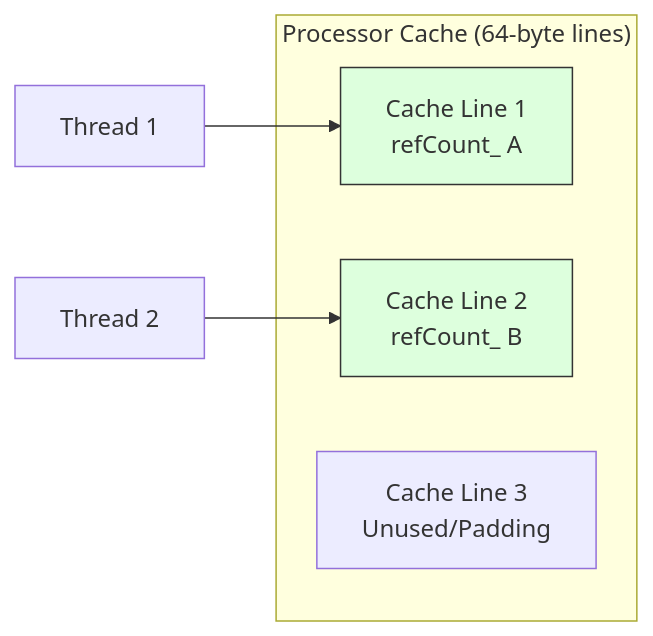
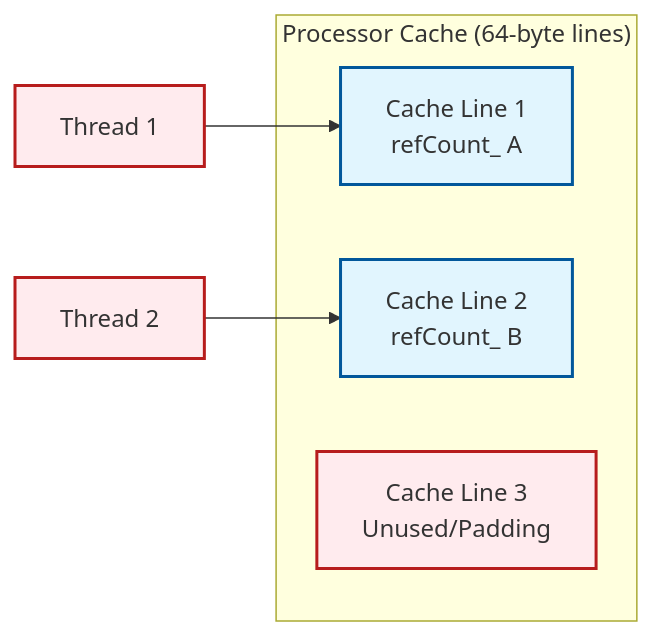
The diagram in MODULE_09_ADVANCED_TOPICS/CONTENT/04_MEMORY_MANAGEMENT/04_Mathematical_Foundations.md (wramet/build-my-cfd), drawn with Mermaid before and after one commit. The commit also changed 313 other files, not shown here.

Commit message:
Revise all diagram

````diff
--- a/MODULE_09_ADVANCED_TOPICS/CONTENT/04_MEMORY_MANAGEMENT/04_Mathematical_Foundations.md
+++ b/MODULE_09_ADVANCED_TOPICS/CONTENT/04_MEMORY_MANAGEMENT/04_Mathematical_Foundations.md
@@ -57,14 +57,12 @@
 ```mermaid
 graph LR
-    subgraph "Processor Cache (64-byte lines)"
-    CL1[Cache Line 1<br/>refCount_ A]
-    CL2[Cache Line 2<br/>refCount_ B]
-    CL3[Cache Line 3<br/>Unused/Padding]
-    end
-
-    T1[Thread 1] --> CL1
-    T2[Thread 2] --> CL2
-
-    style CL1 fill:#dfd,stroke:#333
-    style CL2 fill:#dfd,stroke:#333
+classDef implicit fill:#e1f5fe,stroke:#01579b,stroke-width:2px
+classDef explicit fill:#ffebee,stroke:#b71c1c,stroke-width:2px
+subgraph "Processor Cache (64-byte lines)"
+CL1[Cache Line 1<br/>refCount_ A]:::implicit
+CL2[Cache Line 2<br/>refCount_ B]:::implicit
+CL3[Cache Line 3<br/>Unused/Padding]:::explicit
+end
+T1[Thread 1]:::explicit --> CL1
+T2[Thread 2]:::explicit --> CL2
 ```
````
